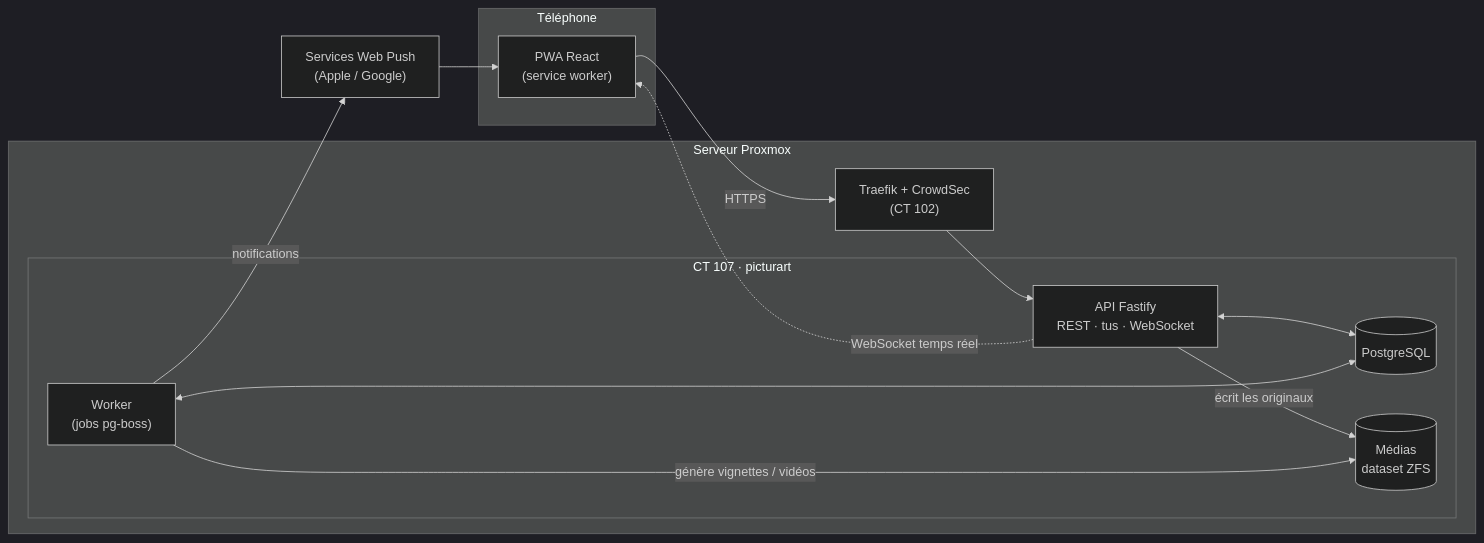
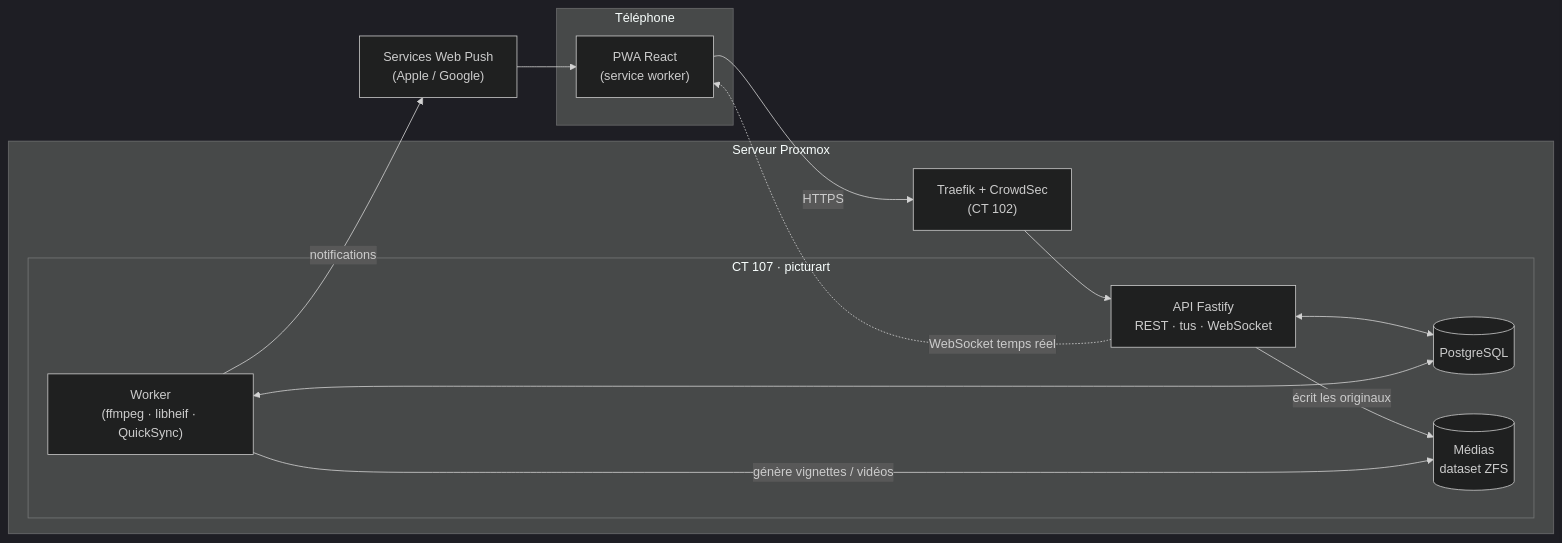
The first of 3 diagrams in docs/architecture.md (H3Dylan/picturart), drawn with Mermaid (dark theme) before and after one commit. The commit also changed other lines of this file and 44 other files, not shown here.

````diff
--- a/docs/architecture.md
+++ b/docs/architecture.md
@@ -10,24 +10,24 @@
 ```mermaid
 flowchart LR
   subgraph Téléphone
     PWA["PWA React<br/>(service worker)"]
   end
   subgraph Proxmox["Serveur Proxmox"]
     T["Traefik + CrowdSec<br/>(CT 102)"]
     subgraph CT107["CT 107 · picturart"]
       API["API Fastify<br/>REST · tus · WebSocket"]
-      W["Worker<br/>(jobs pg-boss)"]
+      W["Worker<br/>(ffmpeg · libheif · QuickSync)"]
       DB[("PostgreSQL")]
       FS[("Médias<br/>dataset ZFS")]
     end
   end
   Push["Services Web Push<br/>(Apple / Google)"]
 
   PWA -- HTTPS --> T --> API
   API <--> DB
   W <--> DB
   API -- écrit les originaux --> FS
   W -- génère vignettes / vidéos --> FS
   W -- notifications --> Push --> PWA
   API -. WebSocket temps réel .-> PWA
 ```
````
